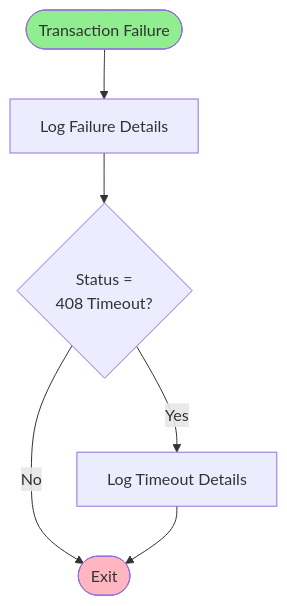
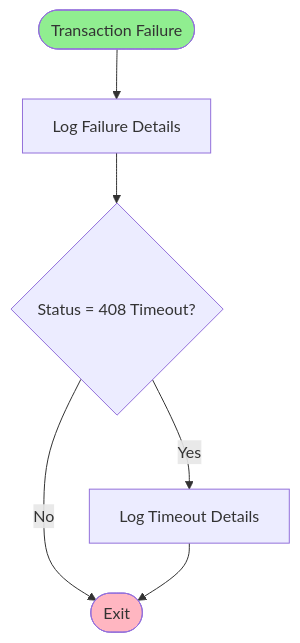
The tenth of 13 diagrams in docs/OPENSIPS-LOGIC-DIAGRAM.md (aelintra/pbx3sbc), drawn with Mermaid before and after one commit. The commit also changed other lines of this file, not shown here.

First line of the commit message:
Fix Mermaid diagram syntax: Remove unsupported HTML tags

````diff
--- a/docs/OPENSIPS-LOGIC-DIAGRAM.md
+++ b/docs/OPENSIPS-LOGIC-DIAGRAM.md
@@ -282,11 +282,11 @@
 ```mermaid
 flowchart TD
     Start([Transaction Failure]) --> LogFailure[Log Failure Details]
-    LogFailure --> CheckTimeout{Status =<br/>408 Timeout?}
+    LogFailure --> CheckTimeout{Status = 408 Timeout?}
     CheckTimeout -->|Yes| LogTimeout[Log Timeout Details]
     CheckTimeout -->|No| End([Exit])
     LogTimeout --> End
     
     style Start fill:#90EE90
     style End fill:#FFB6C1
 ```
````
